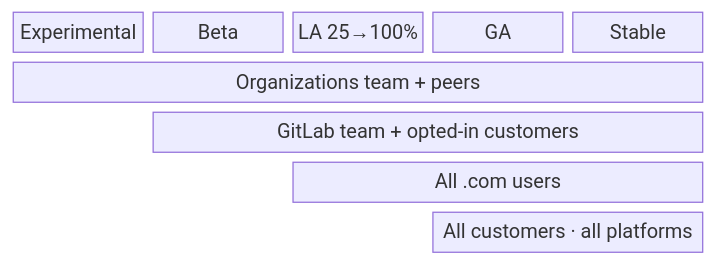
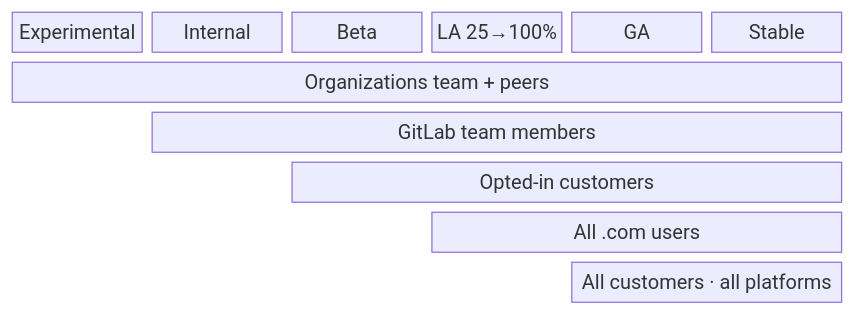
One commit to kyama0/gitlab-handbook-ja changed the third of 3 diagrams in content/handbook/engineering/infrastructure-platforms/tenant-scale/organizations/release-stages.md. Above: the diagram before and after it, drawn with Mermaid. The commit also changed other lines of this file and 20 other files, not shown here.

````diff
--- a/content/handbook/engineering/infrastructure-platforms/tenant-scale/organizations/release-stages.md
+++ b/content/handbook/engineering/infrastructure-platforms/tenant-scale/organizations/release-stages.md
@@ -161,9 +175,10 @@
 ```mermaid
 block-beta
-  columns 5
-  E["Experimental"] B["Beta"] LA["LA 25→100%"] GA["GA"] S["Stable"]
-  ORG["Organizations team + peers"]:5
-  space:1 GLT["GitLab team + opted-in customers"]:4
-  space:2 COMU["All .com users"]:3
-  space:3 ALLC["All customers · all platforms"]:2
+  columns 6
+  E["Experimental"] I["Internal"] B["Beta"] LA["LA 25→100%"] GA["GA"] S["Stable"]
+  ORG["Organizations team + peers"]:6
+  space:1 GLT["GitLab team members"]:5
+  space:2 OPT["Opted-in customers"]:4
+  space:3 COMU["All .com users"]:3
+  space:4 ALLC["All customers · all platforms"]:2
 ```
````
